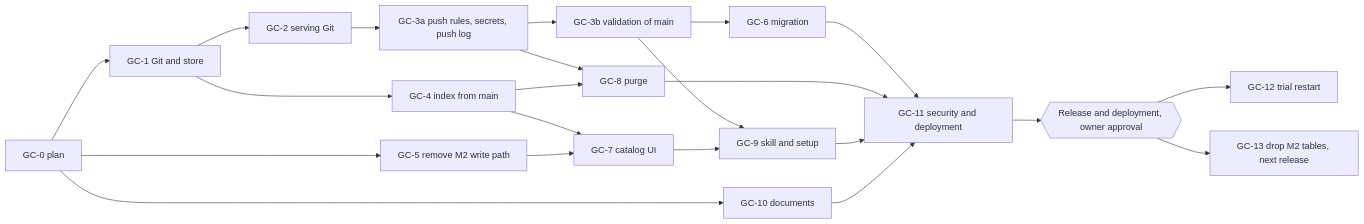
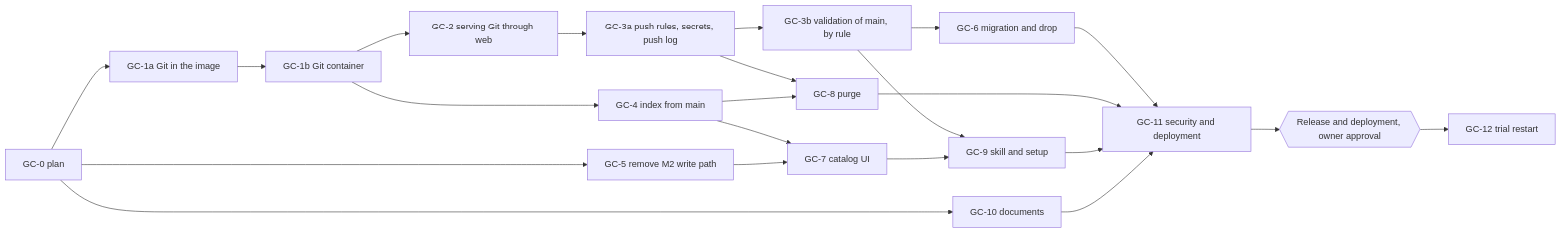
The diagram in docs/build-plan-git-catalog.md (guneet-xyz/shinan), drawn with Mermaid before and after one commit. The commit also changed other lines of this file and 24 other files, not shown here.

````diff
--- a/docs/build-plan-git-catalog.md
+++ b/docs/build-plan-git-catalog.md
@@ -804,24 +960,24 @@
 ```mermaid
 flowchart LR
-  GC0[GC-0 plan] --> GC1[GC-1 Git and store]
+  GC0[GC-0 plan] --> GC1a[GC-1a Git in the image]
+  GC1a --> GC1b[GC-1b Git container]
   GC0 --> GC5[GC-5 remove M2 write path]
   GC0 --> GC10[GC-10 documents]
-  GC1 --> GC2[GC-2 serving Git]
-  GC1 --> GC4[GC-4 index from main]
+  GC1b --> GC2[GC-2 serving Git through web]
+  GC1b --> GC4[GC-4 index from main]
   GC2 --> GC3a[GC-3a push rules, secrets, push log]
-  GC3a --> GC3b[GC-3b validation of main]
-  GC3b --> GC6[GC-6 migration]
+  GC3a --> GC3b[GC-3b validation of main, by rule]
+  GC3b --> GC6[GC-6 migration and drop]
   GC3a --> GC8[GC-8 purge]
   GC4 --> GC8
   GC4 --> GC7[GC-7 catalog UI]
   GC5 --> GC7
   GC3b --> GC9[GC-9 skill and setup]
   GC7 --> GC9
   GC6 --> GC11[GC-11 security and deployment]
   GC8 --> GC11
   GC9 --> GC11
   GC10 --> GC11
   GC11 --> D{{Release and deployment, owner approval}}
   D --> GC12[GC-12 trial restart]
-  D --> GC13[GC-13 drop M2 tables, next release]
 ```
````
